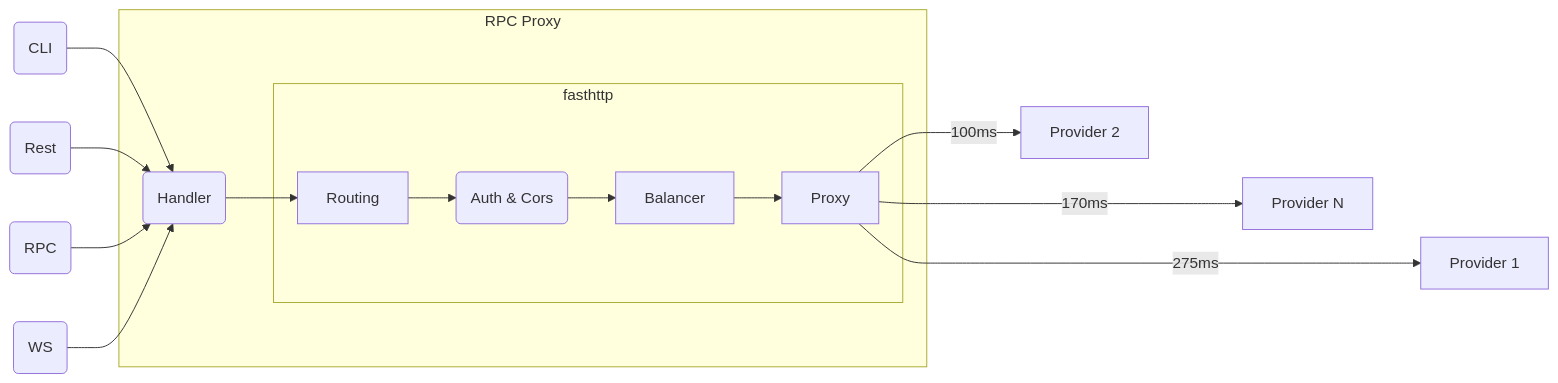
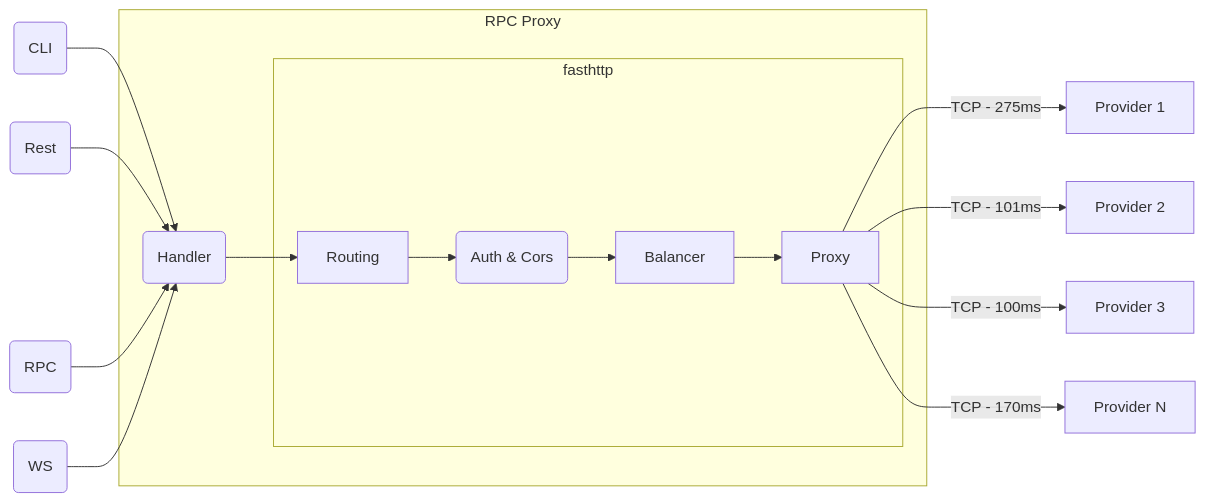
One commit to rpc-ag/rpc-aggregator changed the diagram in README.md. Above: the diagram before and after it, drawn with Mermaid.

Commit message:
update flow

````diff
--- a/README.md
+++ b/README.md
@@ -12,19 +12,19 @@
 ```mermaid
 flowchart LR 
     CC(CLI) --> RPCProxy
     RC(Rest) --> RPCProxy
     RPCC(RPC) --> RPCProxy
     WSC(WS) --> RPCProxy
     subgraph RPC Proxy
       RPCProxy(Handler) --> Routing
         subgraph fasthttp
          Routing --> Auth(Auth & Cors) 
          Auth --> Balancer
          Balancer --> Proxy
         end
     end
-    Proxy ---->|275ms| AS1[Provider 1] 
-    Proxy -->|100ms| AS2[Provider 2] 
-    Proxy --->|170ms| ASN[Provider N]
-
+    Proxy -->|TCP - 275ms| AS1[Provider 1] 
+    Proxy -->|TCP - 101ms| AS2[Provider 2] 
+    Proxy -->|TCP - 100ms| AS3[Provider 3] 
+    Proxy -->|TCP - 170ms| ASN[Provider N]
 ```
````
